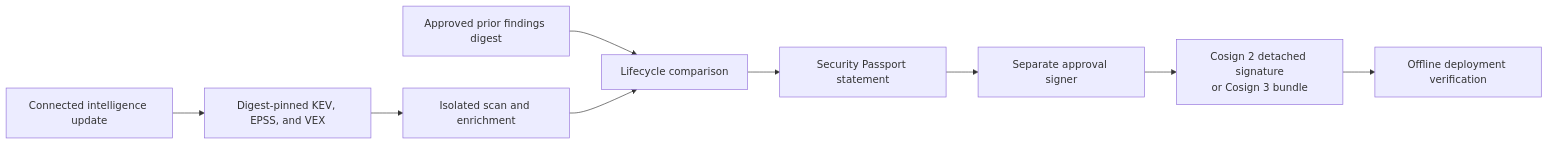
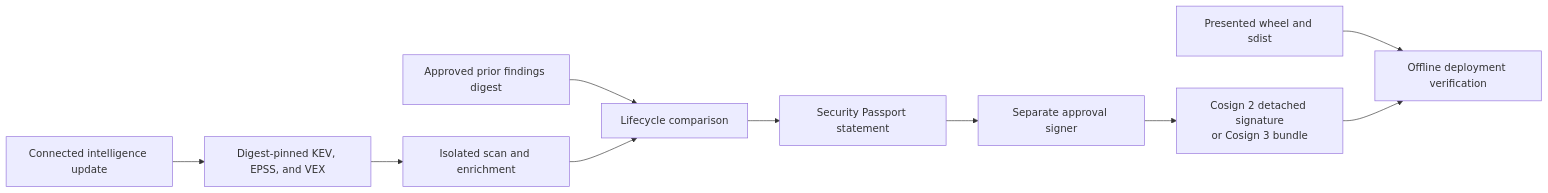
One commit to willtran87/project-py-security-suite changed the second of 8 diagrams in docs/design.md. Above: the diagram before and after it, drawn with Mermaid. The commit also changed other lines of this file and 10 other files, not shown here.

Commit message:
Verify presented release artifacts

````diff
--- a/docs/design.md
+++ b/docs/design.md
@@ -68,11 +68,12 @@
 ```mermaid
 flowchart LR
     Update["Connected intelligence update"] --> Snapshots["Digest-pinned KEV, EPSS, and VEX"]
     Snapshots --> Scan["Isolated scan and enrichment"]
     Previous["Approved prior findings digest"] --> Delta["Lifecycle comparison"]
     Scan --> Delta
     Delta --> Statement["Security Passport statement"]
     Statement --> Approval["Separate approval signer"]
     Approval --> Signed["Cosign 2 detached signature<br/>or Cosign 3 bundle"]
+    Artifacts["Presented wheel and sdist"] --> Verify
     Signed --> Verify["Offline deployment verification"]
 ```
````
